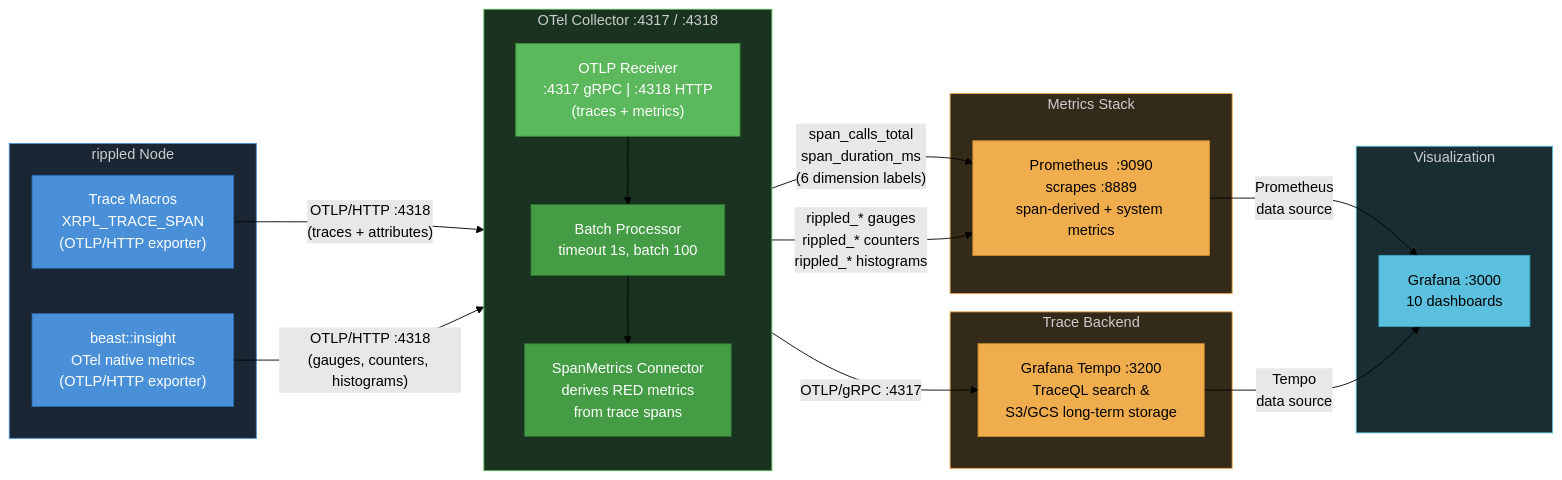
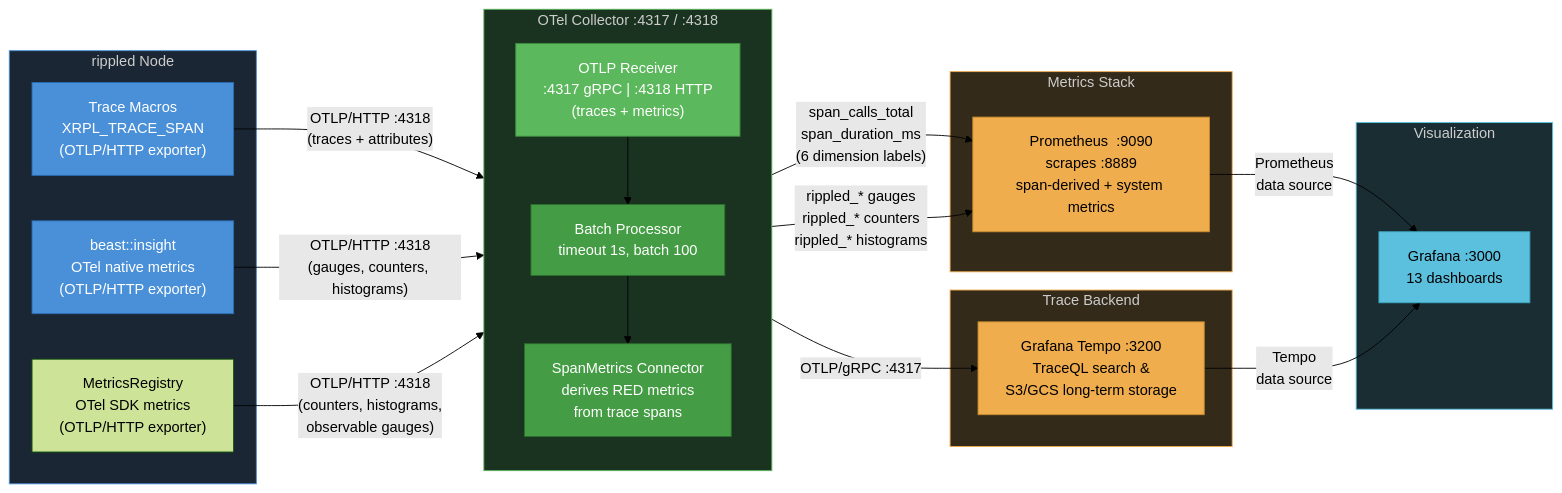
Before and after one commit to XRPLF/rippled: the diagram in OpenTelemetryPlan/09-data-collection-reference.md, drawn with Mermaid (forest theme). The commit also changed other lines of this file and 19 other files, not shown here.

````diff
--- a/OpenTelemetryPlan/09-data-collection-reference.md
+++ b/OpenTelemetryPlan/09-data-collection-reference.md
@@ -9,54 +9,56 @@
 ```mermaid
 graph LR
     subgraph rippledNode["rippled Node"]
         A["Trace Macros<br/>XRPL_TRACE_SPAN<br/>(OTLP/HTTP exporter)"]
         B["beast::insight<br/>OTel native metrics<br/>(OTLP/HTTP exporter)"]
+        C["MetricsRegistry<br/>OTel SDK metrics<br/>(OTLP/HTTP exporter)"]
     end
 
     subgraph collector["OTel Collector  :4317 / :4318"]
         direction TB
         R1["OTLP Receiver<br/>:4317 gRPC  |  :4318 HTTP<br/>(traces + metrics)"]
         BP["Batch Processor<br/>timeout 1s, batch 100"]
         SM["SpanMetrics Connector<br/>derives RED metrics<br/>from trace spans"]
 
         R1 --> BP
         BP --> SM
     end
 
     subgraph backends["Trace Backend"]
         D["Grafana Tempo  :3200<br/>TraceQL search &<br/>S3/GCS long-term storage"]
     end
 
     subgraph metrics["Metrics Stack"]
         E["Prometheus  :9090<br/>scrapes :8889<br/>span-derived + system metrics"]
     end
 
     subgraph viz["Visualization"]
-        F["Grafana  :3000<br/>10 dashboards"]
+        F["Grafana  :3000<br/>13 dashboards"]
     end
 
     A -->|"OTLP/HTTP :4318<br/>(traces + attributes)"| R1
     B -->|"OTLP/HTTP :4318<br/>(gauges, counters, histograms)"| R1
+    C -->|"OTLP/HTTP :4318<br/>(counters, histograms,<br/>observable gauges)"| R1
 
     BP -->|"OTLP/gRPC :4317"| D
 
     SM -->|"span_calls_total<br/>span_duration_ms<br/>(6 dimension labels)"| E
     R1 -->|"rippled_* gauges<br/>rippled_* counters<br/>rippled_* histograms"| E
 
     E -->|"Prometheus<br/>data source"| F
     D -->|"Tempo<br/>data source"| F
 
     style A fill:#4a90d9,color:#fff,stroke:#2a6db5
     style B fill:#4a90d9,color:#fff,stroke:#2a6db5
     style R1 fill:#5cb85c,color:#fff,stroke:#3d8b3d
     style BP fill:#449d44,color:#fff,stroke:#2d6e2d
     style SM fill:#449d44,color:#fff,stroke:#2d6e2d
     style D fill:#f0ad4e,color:#000,stroke:#c78c2e
     style E fill:#f0ad4e,color:#000,stroke:#c78c2e
     style F fill:#5bc0de,color:#000,stroke:#3aa8c1
     style rippledNode fill:#1a2633,color:#ccc,stroke:#4a90d9
     style collector fill:#1a3320,color:#ccc,stroke:#5cb85c
     style backends fill:#332a1a,color:#ccc,stroke:#f0ad4e
     style metrics fill:#332a1a,color:#ccc,stroke:#f0ad4e
     style viz fill:#1a2d33,color:#ccc,stroke:#5bc0de
 ```
````
